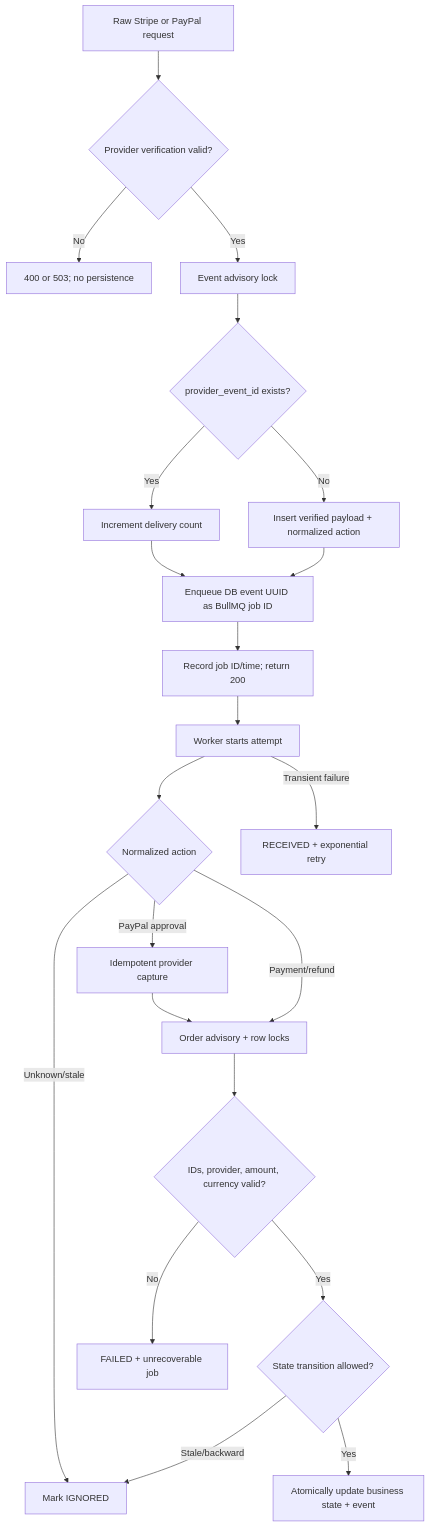
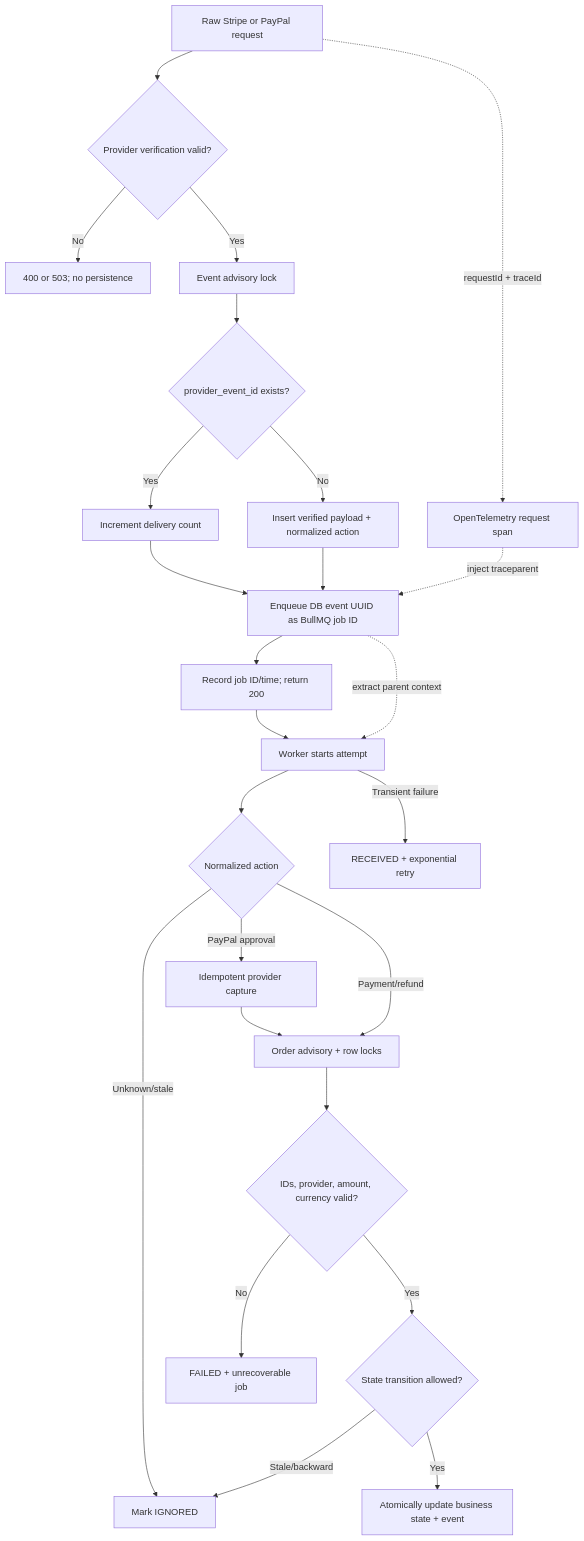
The diagram in docs/webhook-design.md (tianhao8687/payflow), drawn with Mermaid before and after one commit. The commit also changed other lines of this file and 67 other files, not shown here.

````diff
--- a/docs/webhook-design.md
+++ b/docs/webhook-design.md
@@ -20,24 +20,27 @@
 ```mermaid
 flowchart TD
   Request[Raw Stripe or PayPal request] --> Verify{Provider verification valid?}
+  Request -. requestId + traceId .-> Trace[OpenTelemetry request span]
   Verify -->|No| Reject[400 or 503; no persistence]
   Verify -->|Yes| EventLock[Event advisory lock]
   EventLock --> Existing{provider_event_id exists?}
   Existing -->|Yes| Delivery[Increment delivery count]
   Existing -->|No| Persist[Insert verified payload + normalized action]
   Persist --> Enqueue[Enqueue DB event UUID as BullMQ job ID]
+  Trace -. inject traceparent .-> Enqueue
   Delivery --> Enqueue
   Enqueue --> Accepted[Record job ID/time; return 200]
   Accepted --> Worker[Worker starts attempt]
+  Enqueue -. extract parent context .-> Worker
   Worker --> Action{Normalized action}
   Action -->|Unknown/stale| Ignore[Mark IGNORED]
   Action -->|PayPal approval| Capture[Idempotent provider capture]
   Action -->|Payment/refund| Lock[Order advisory + row locks]
   Capture --> Lock
   Lock --> Validate{IDs, provider, amount, currency valid?}
   Validate -->|No| Permanent[FAILED + unrecoverable job]
   Validate -->|Yes| Transition{State transition allowed?}
   Transition -->|Stale/backward| Ignore
   Transition -->|Yes| Atomic[Atomically update business state + event]
   Worker -->|Transient failure| Retry[RECEIVED + exponential retry]
 ```
````
